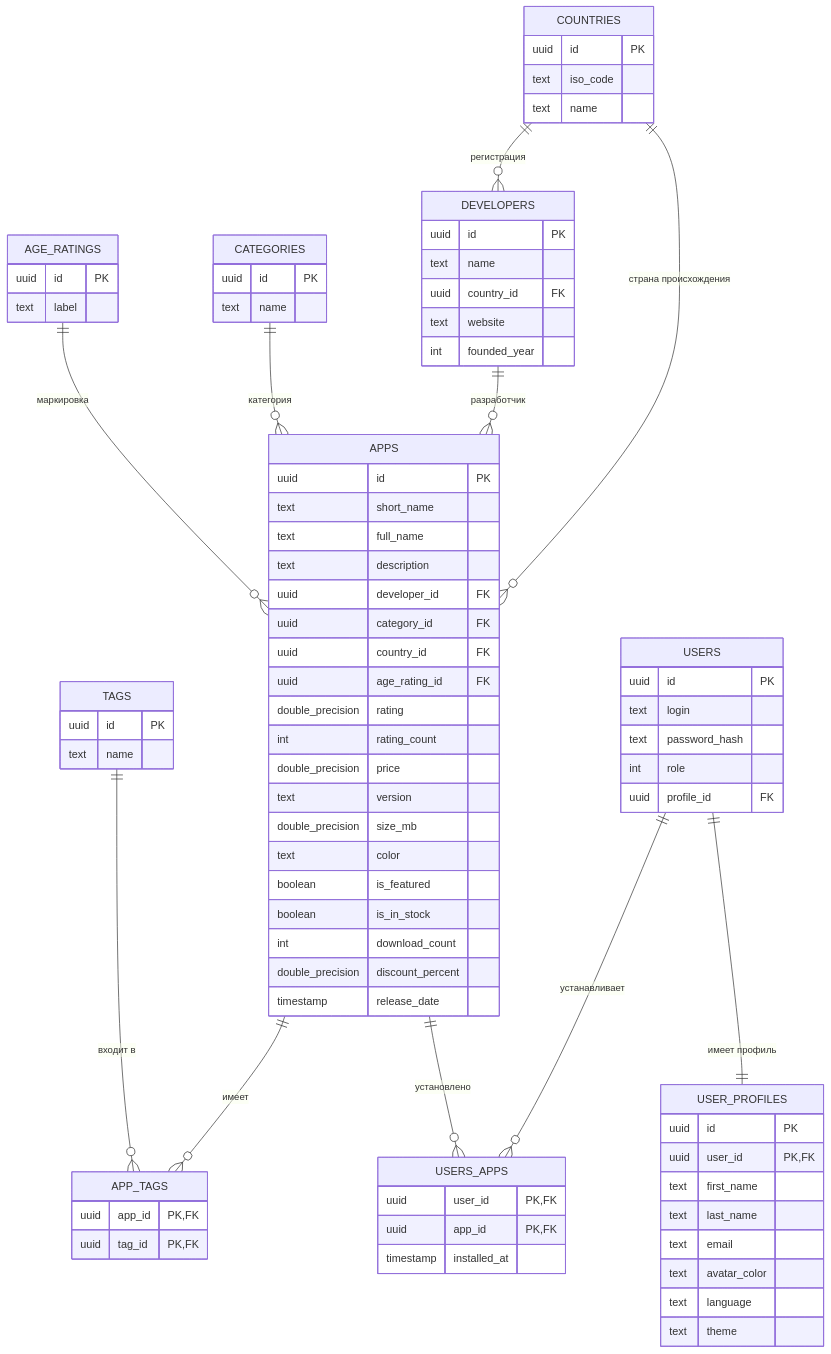
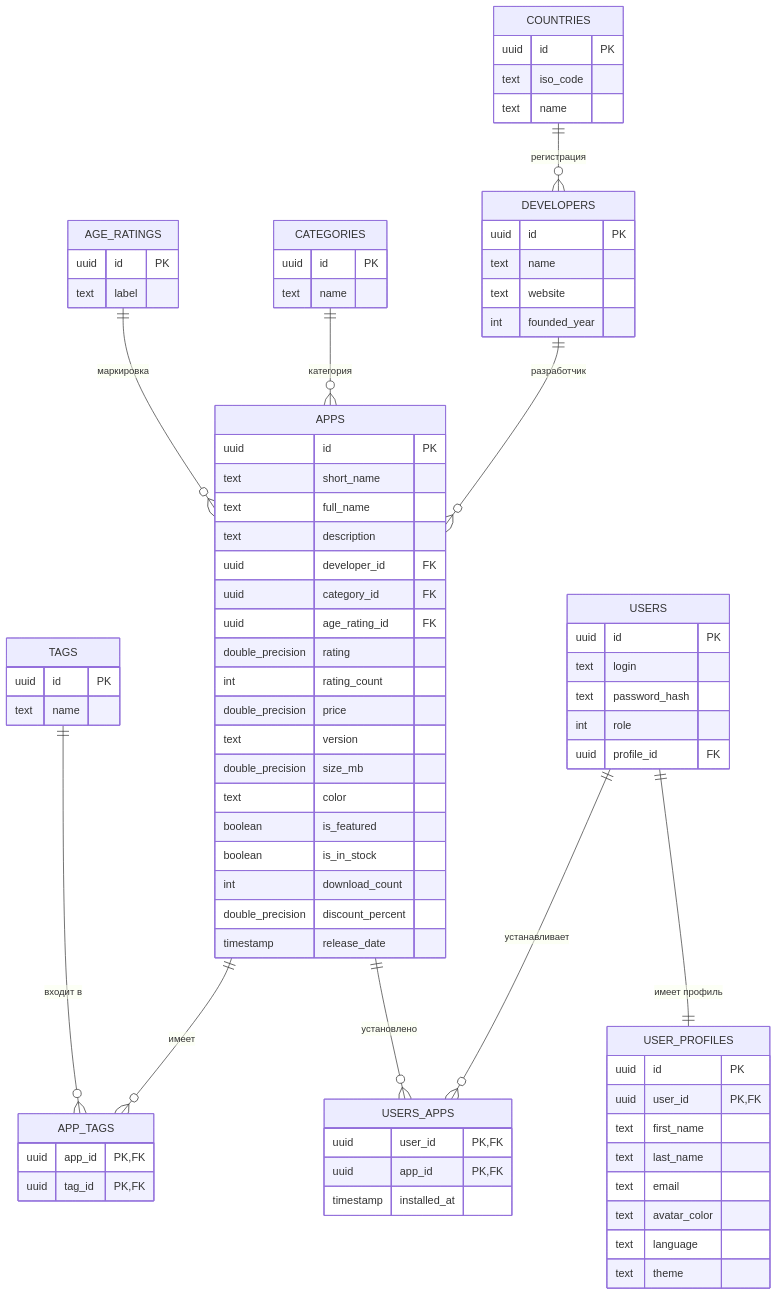
One commit to martim-x/AppStore changed the diagram in docs/DATABASE.md. Above: the diagram before and after it, drawn with Mermaid. The commit also changed other lines of this file and 10 other files, not shown here.

````diff
--- a/docs/DATABASE.md
+++ b/docs/DATABASE.md
@@ -10,7 +10,6 @@
 ```mermaid
 erDiagram
     COUNTRIES      ||--o{ DEVELOPERS : "регистрация"
-    COUNTRIES      ||--o{ APPS       : "страна происхождения"
     DEVELOPERS     ||--o{ APPS       : "разработчик"
     CATEGORIES     ||--o{ APPS       : "категория"
     AGE_RATINGS    ||--o{ APPS       : "маркировка"
@@ -29,8 +28,7 @@
     DEVELOPERS {
         uuid id PK
         text name
-        uuid country_id FK
-        text website
+            text website
         int founded_year
     }
 
@@ -56,8 +54,7 @@
         text description
         uuid developer_id FK
         uuid category_id FK
-        uuid country_id FK
-        uuid age_rating_id FK
+            uuid age_rating_id FK
         double_precision rating
         int rating_count
         double_precision price
````
